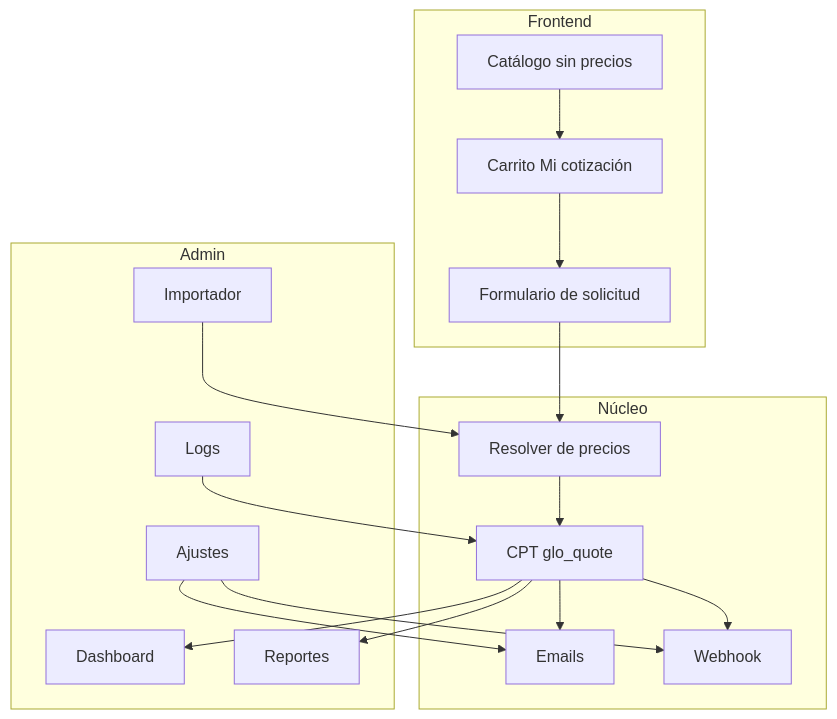
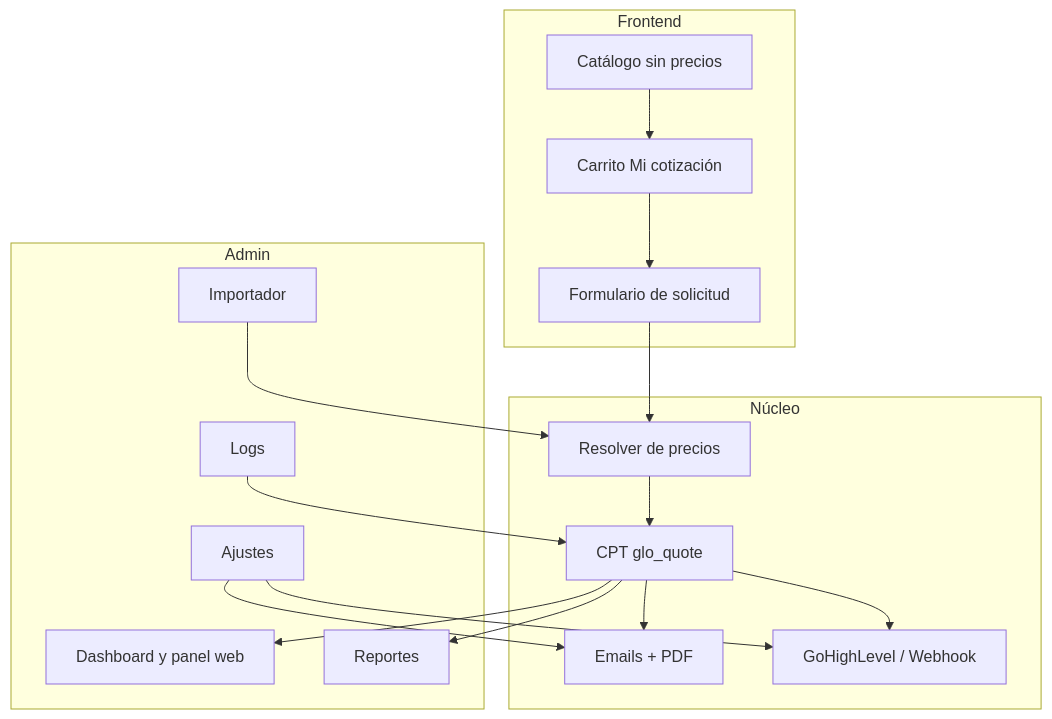
Before and after one commit to neracosu/Cotizador-Glotracol: the first of 2 diagrams in README.md, drawn with Mermaid. The commit also changed other lines of this file, not shown here.

Commit message:
docs: README al dia con la 2.16.1 (PDF, GoHighLevel, panel web, marca, actualizador)

````diff
--- a/README.md
+++ b/README.md
@@ -35,33 +41,33 @@
 ```mermaid
 graph TD
     subgraph Frontend
         A[Catálogo sin precios] --> B[Carrito Mi cotización]
         B --> C[Formulario de solicitud]
     end
 
     subgraph Núcleo
         D[CPT glo_quote]
         E[Resolver de precios]
-        F[Emails]
-        G[Webhook]
+        F[Emails + PDF]
+        G[GoHighLevel / Webhook]
     end
 
     subgraph Admin
-        H[Dashboard]
+        H[Dashboard y panel web]
         I[Reportes]
         J[Importador]
         K[Logs]
         L[Ajustes]
     end
 
     C --> E
     E --> D
     D --> F
     D --> G
     D --> H
     D --> I
     J --> E
     K --> D
     L --> F
     L --> G
 ```
````
